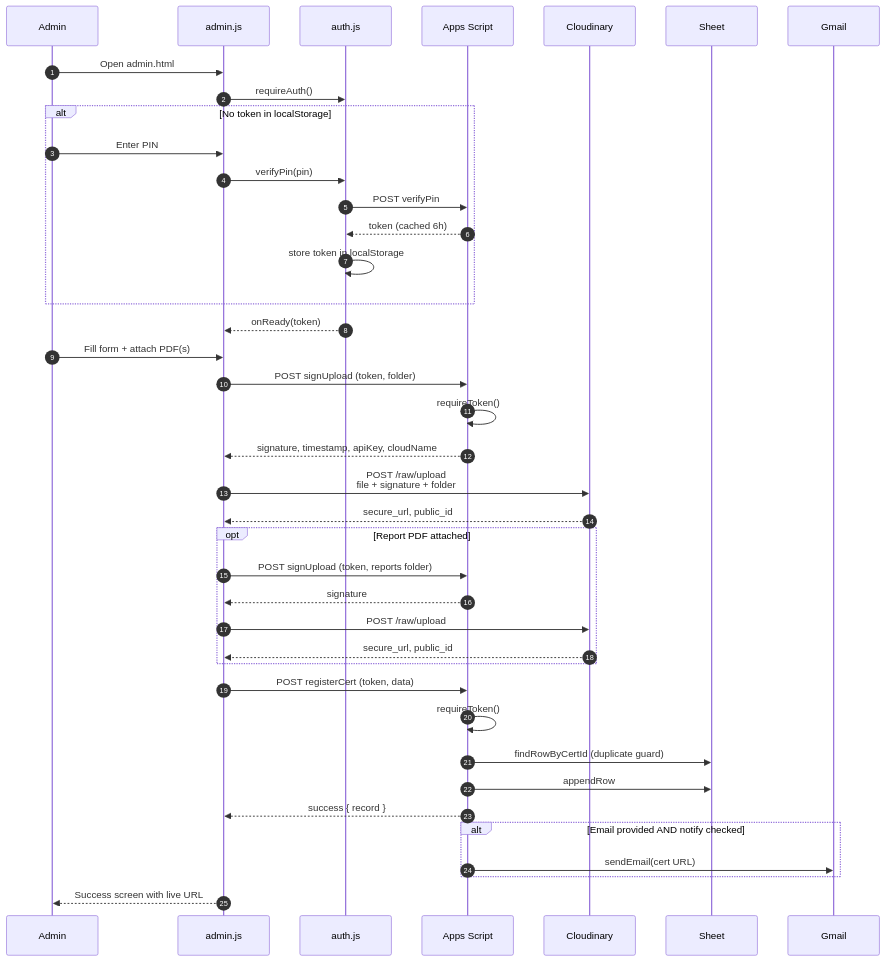
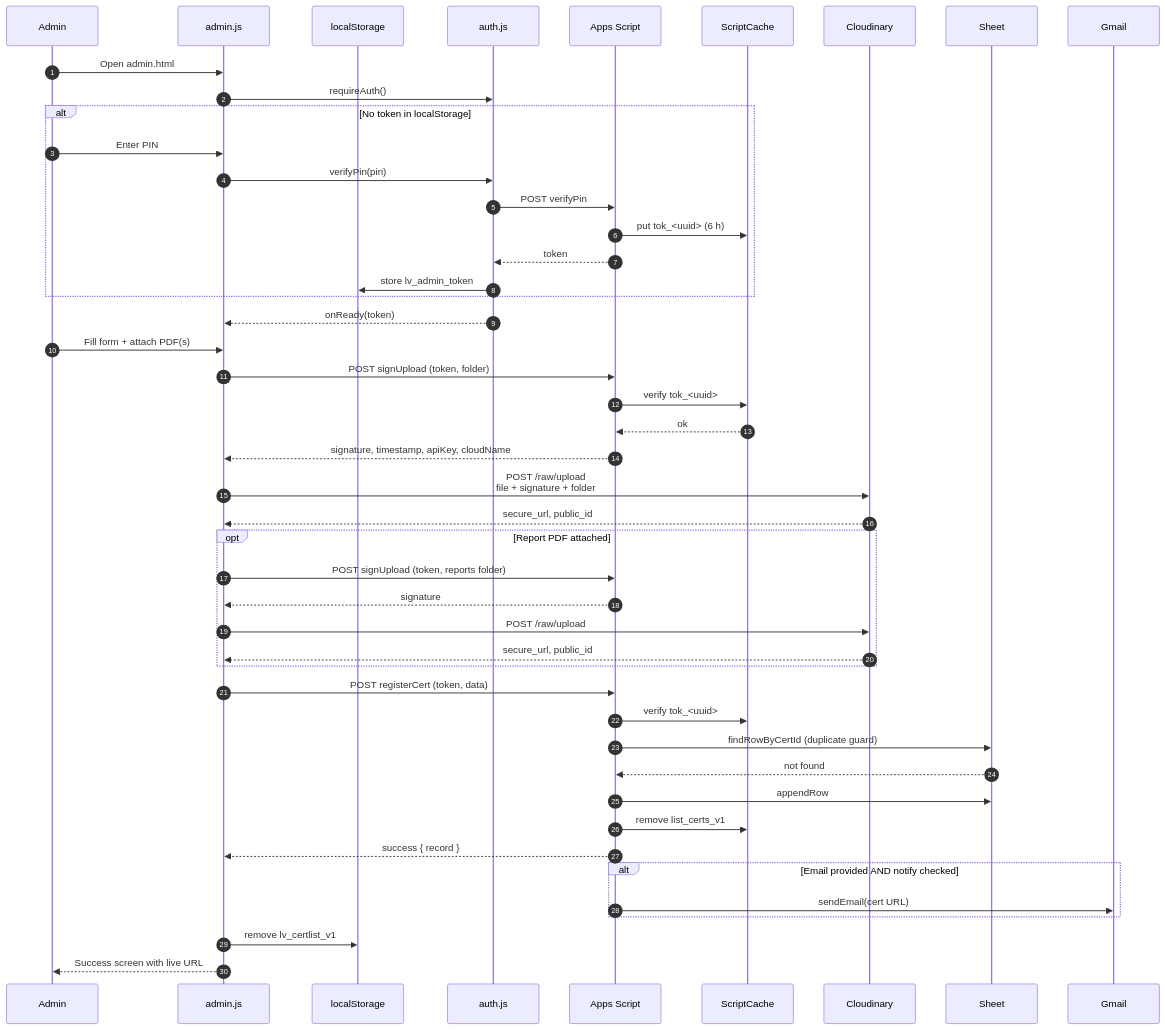
The diagram in schema/DB-sequence-upload-sh.mermaid (LingoLand-net/admin-cert), drawn with Mermaid before and after one commit. The commit also changed 4 other files, not shown here.

```diff
--- a/schema/DB-sequence-upload-sh.mermaid
+++ b/schema/DB-sequence-upload-sh.mermaid
@@ -1,47 +1,55 @@
+
 sequenceDiagram
     autonumber
     participant U  as Admin
     participant FE as admin.js
+    participant LS as localStorage
     participant AU as auth.js
     participant GS as Apps Script
+    participant SC as ScriptCache
     participant CL as Cloudinary
     participant SH as Sheet
     participant GM as Gmail
 
     U  ->> FE: Open admin.html
     FE ->> AU: requireAuth()
     alt No token in localStorage
         U  ->> FE: Enter PIN
         FE ->> AU: verifyPin(pin)
         AU ->> GS: POST verifyPin
-        GS -->> AU: token (cached 6h)
-        AU ->> AU: store token in localStorage
+        GS ->> SC: put tok_<uuid> (6 h)
+        GS -->> AU: token
+        AU ->> LS: store lv_admin_token
     end
     AU -->> FE: onReady(token)
 
     U  ->> FE: Fill form + attach PDF(s)
     FE ->> GS: POST signUpload (token, folder)
-    GS ->> GS: requireToken()
+    GS ->> SC: verify tok_<uuid>
+    SC -->> GS: ok
     GS -->> FE: signature, timestamp, apiKey, cloudName
 
     FE ->> CL: POST /raw/upload<br/>file + signature + folder
     CL -->> FE: secure_url, public_id
 
     opt Report PDF attached
         FE ->> GS: POST signUpload (token, reports folder)
         GS -->> FE: signature
         FE ->> CL: POST /raw/upload
         CL -->> FE: secure_url, public_id
     end
 
     FE ->> GS: POST registerCert (token, data)
-    GS ->> GS: requireToken()
+    GS ->> SC: verify tok_<uuid>
     GS ->> SH: findRowByCertId (duplicate guard)
+    SH -->> GS: not found
     GS ->> SH: appendRow
+    GS ->> SC: remove list_certs_v1
     GS -->> FE: success { record }
 
     alt Email provided AND notify checked
         GS ->> GM: sendEmail(cert URL)
     end
 
+    FE ->> LS: remove lv_certlist_v1
     FE -->> U: Success screen with live URL
```
